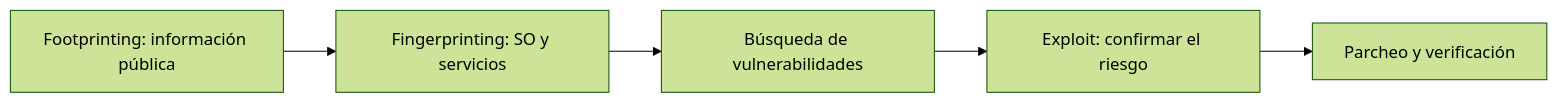
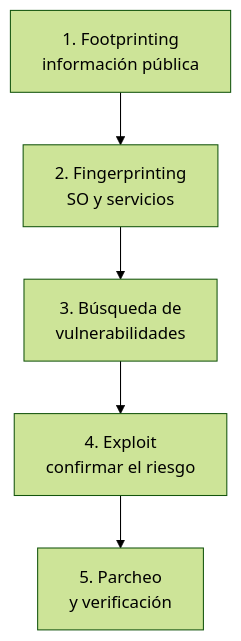
One commit to martalopezron92/1DAW-2DAW-Generador-diapositivas changed the second of 4 diagrams in slides/2SMR-SEGINF/UD01_diapositivas.md. Above: the diagram before and after it, drawn with Mermaid (forest theme). The commit also changed other lines of this file, not shown here.

````diff
--- a/slides/2SMR-SEGINF/UD01_diapositivas.md
+++ b/slides/2SMR-SEGINF/UD01_diapositivas.md
@@ -223,7 +337,7 @@
 ```mermaid
-flowchart LR
- A[Footprinting: información pública] --> B[Fingerprinting: SO y servicios]
- B --> C[Búsqueda de vulnerabilidades]
- C --> D[Exploit: confirmar el riesgo]
- D --> E[Parcheo y verificación]
+flowchart TD
+    F1[1. Footprinting<br/>información pública] --> F2[2. Fingerprinting<br/>SO y servicios]
+    F2 --> F3[3. Búsqueda de<br/>vulnerabilidades]
+    F3 --> F4[4. Exploit<br/>confirmar el riesgo]
+    F4 --> F5[5. Parcheo<br/>y verificación]
 ```
````
